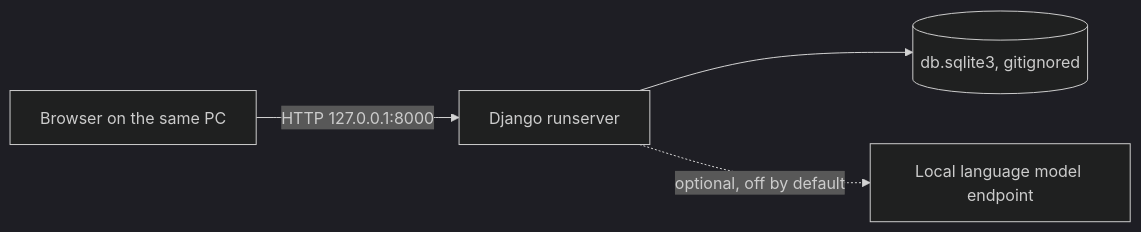
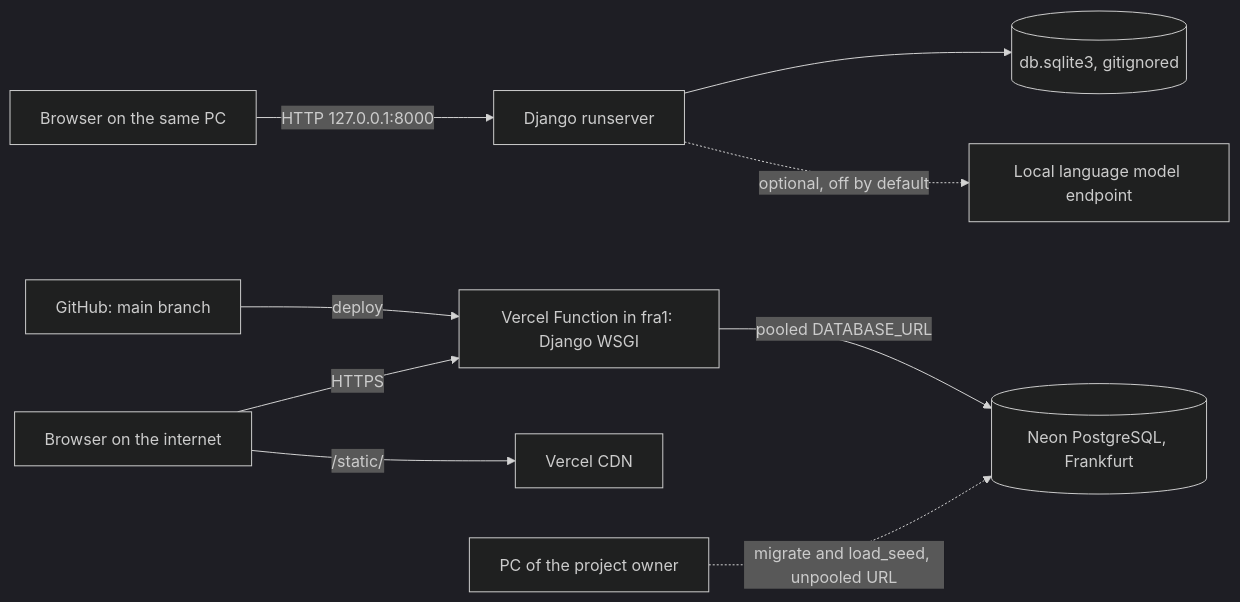
One commit to IBE160-2026/G40-lyamouri changed the second of 3 diagrams in _bmad-output/planning-artifacts/architecture/architecture-G40-lyamouri-2026-11-08/ARCHITECTURE-SPINE.md. Above: the diagram before and after it, drawn with Mermaid (dark theme). The commit also changed other lines of this file and 4 other files, not shown here.

````diff
--- a/_bmad-output/planning-artifacts/architecture/architecture-G40-lyamouri-2026-11-08/ARCHITECTURE-SPINE.md
+++ b/_bmad-output/planning-artifacts/architecture/architecture-G40-lyamouri-2026-11-08/ARCHITECTURE-SPINE.md
@@ -170,6 +200,11 @@
 ```mermaid
 flowchart LR
   B[Browser on the same PC] -->|HTTP 127.0.0.1:8000| W[Django runserver]
   W --> S[(db.sqlite3, gitignored)]
   W -.optional, off by default.-> L[Local language model endpoint]
+  G[GitHub: main branch] -->|deploy| V[Vercel Function in fra1: Django WSGI]
+  U[Browser on the internet] -->|HTTPS| V
+  U -->|/static/| C[Vercel CDN]
+  V -->|pooled DATABASE_URL| P[(Neon PostgreSQL, Frankfurt)]
+  O[PC of the project owner] -.migrate and load_seed, unpooled URL.-> P
 ```
````
